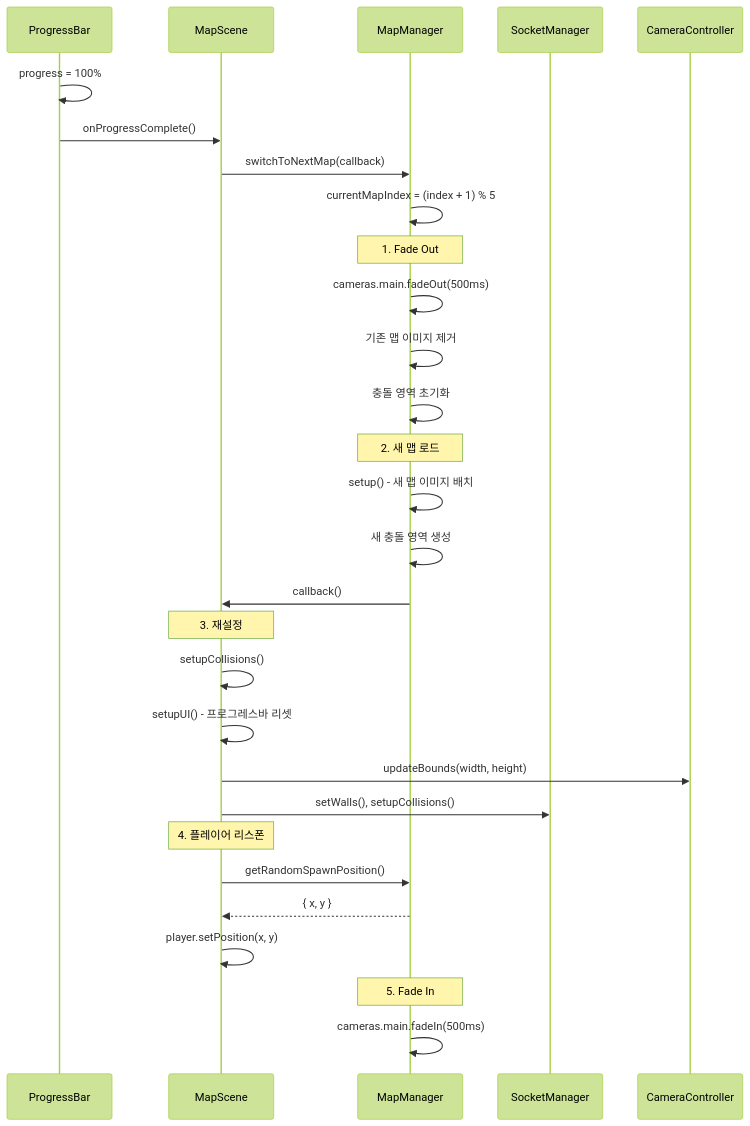
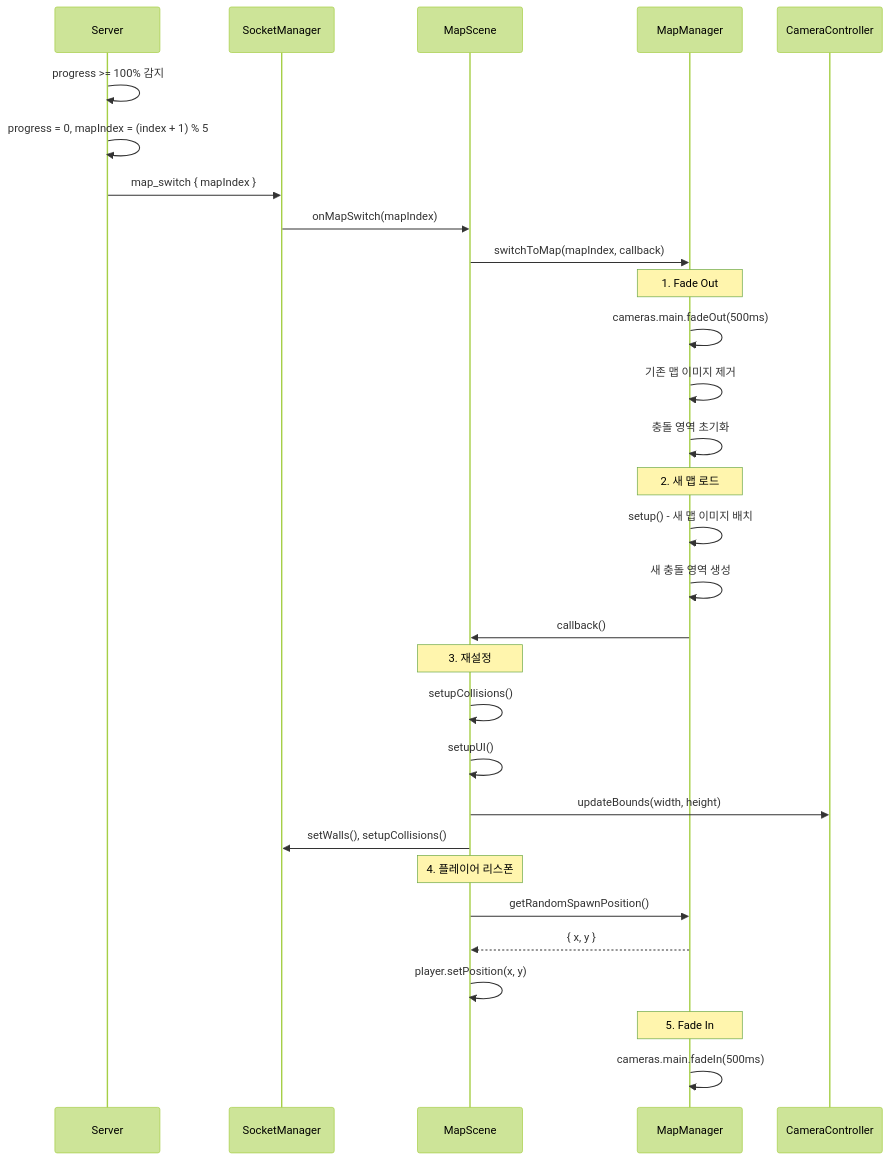
The fourth of 4 diagrams in docs/architecture/GAME_ENGINE.md (boostcampwm2025/web19-estrogenquattro), drawn with Mermaid (forest theme) before and after one commit. The commit also changed other lines of this file and 15 other files, not shown here.

````diff
--- a/docs/architecture/GAME_ENGINE.md
+++ b/docs/architecture/GAME_ENGINE.md
@@ -276,40 +276,41 @@
 ```mermaid
 sequenceDiagram
-    participant PB as ProgressBar
+    participant SV as Server
+    participant SM as SocketManager
     participant S as MapScene
     participant MM as MapManager
-    participant SM as SocketManager
     participant CC as CameraController
 
-    PB->>PB: progress = 100%
-    PB->>S: onProgressComplete()
+    SV->>SV: progress >= 100% 감지
+    SV->>SV: progress = 0, mapIndex = (index + 1) % 5
+    SV->>SM: map_switch { mapIndex }
 
-    S->>MM: switchToNextMap(callback)
-    MM->>MM: currentMapIndex = (index + 1) % 5
+    SM->>S: onMapSwitch(mapIndex)
+    S->>MM: switchToMap(mapIndex, callback)
 
     Note over MM: 1. Fade Out
     MM->>MM: cameras.main.fadeOut(500ms)
 
     MM->>MM: 기존 맵 이미지 제거
     MM->>MM: 충돌 영역 초기화
 
     Note over MM: 2. 새 맵 로드
     MM->>MM: setup() - 새 맵 이미지 배치
     MM->>MM: 새 충돌 영역 생성
 
     MM->>S: callback()
 
     Note over S: 3. 재설정
     S->>S: setupCollisions()
-    S->>S: setupUI() - 프로그레스바 리셋
+    S->>S: setupUI()
     S->>CC: updateBounds(width, height)
     S->>SM: setWalls(), setupCollisions()
 
     Note over S: 4. 플레이어 리스폰
     S->>MM: getRandomSpawnPosition()
     MM-->>S: { x, y }
     S->>S: player.setPosition(x, y)
 
     Note over MM: 5. Fade In
     MM->>MM: cameras.main.fadeIn(500ms)
 ```
````
